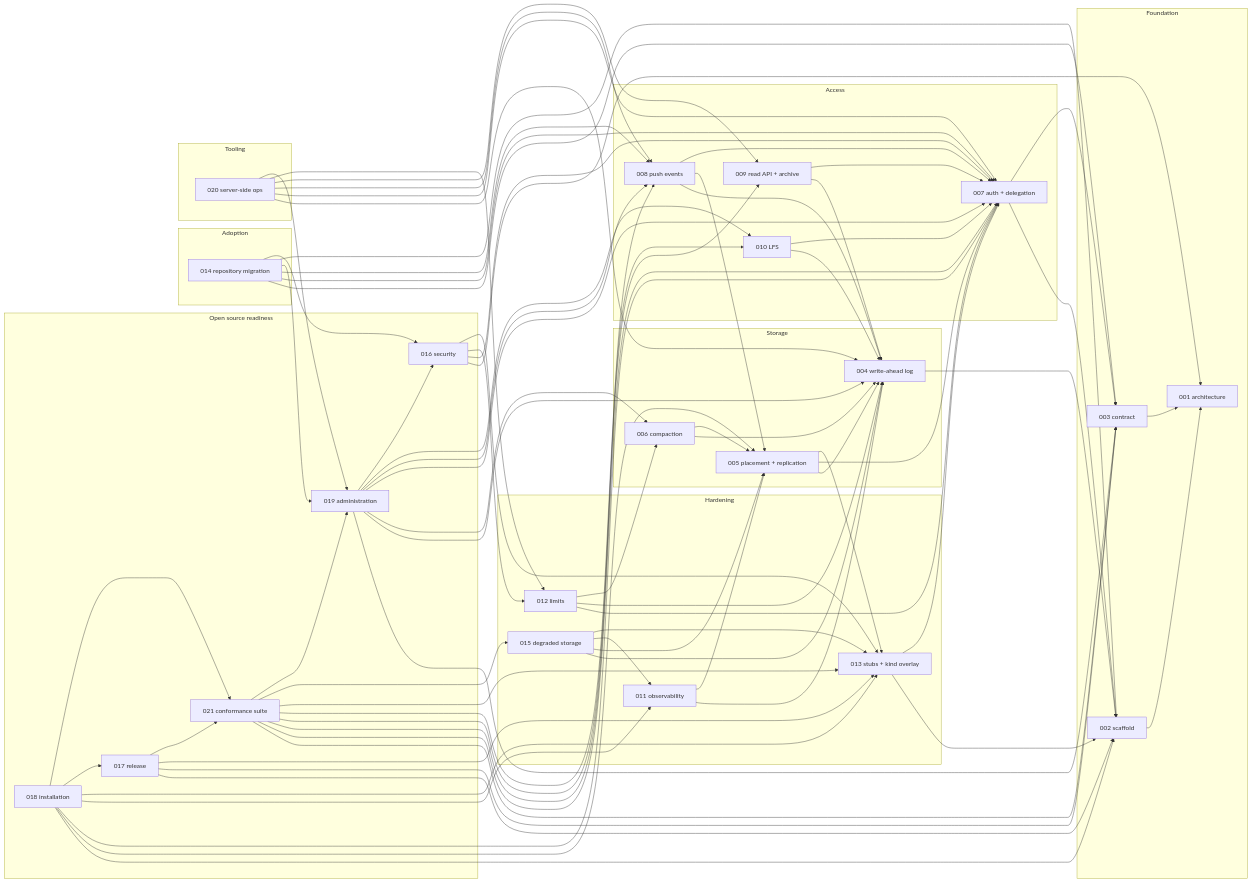
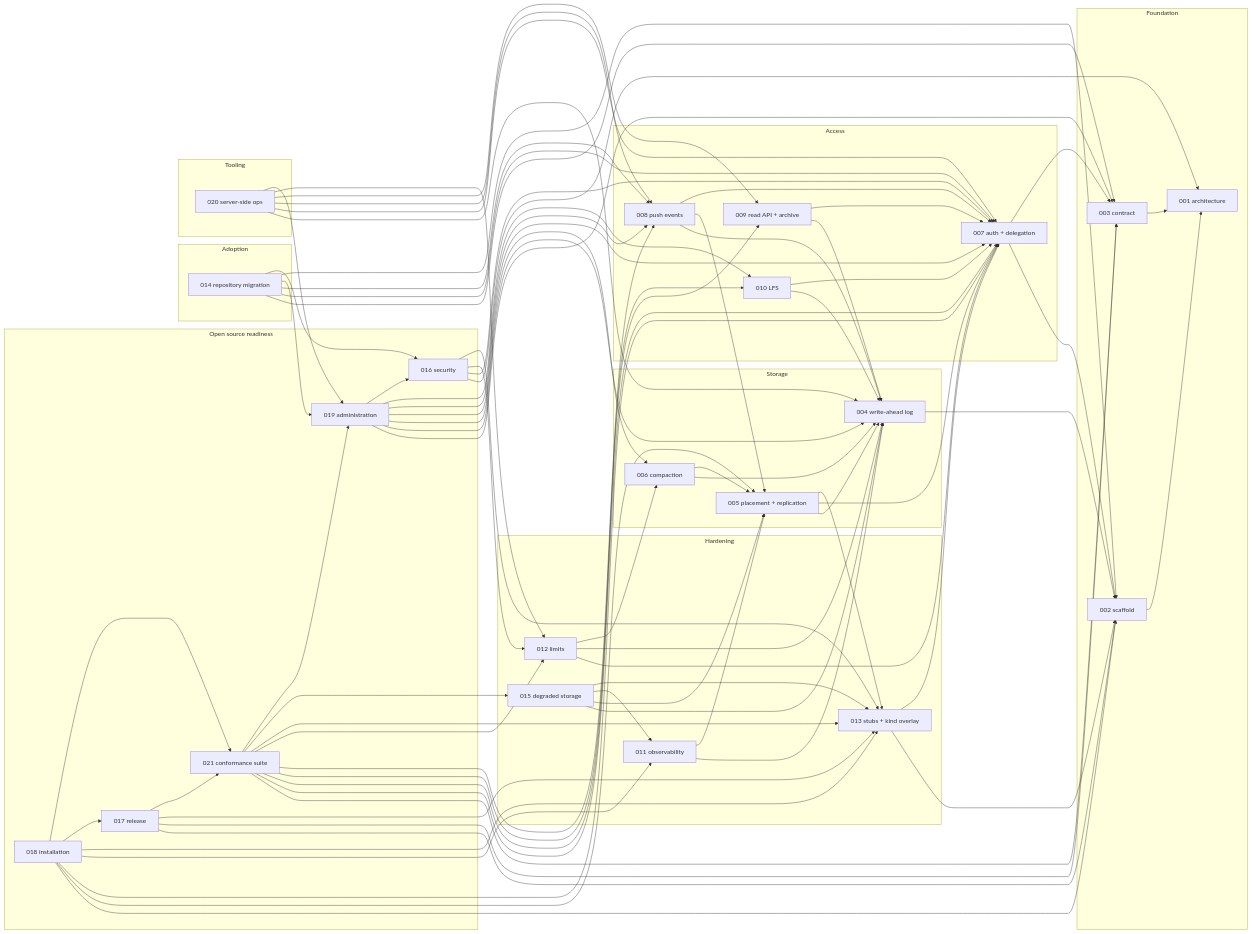
The second of 2 diagrams in specs/README.md (latere-ai/origo), drawn with Mermaid before and after one commit. The commit also changed other lines of this file and 1 other file, not shown here.

```diff
--- a/specs/README.md
+++ b/specs/README.md
@@ -180,6 +180,7 @@
   S021 --> S008
   S021 --> S009
   S021 --> S010
+  S021 --> S012
   S021 --> S013
   S021 --> S015
   S021 --> S019
```
